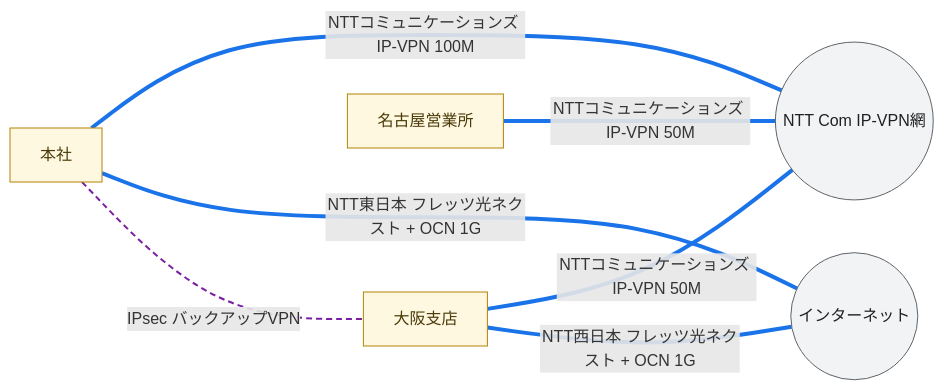
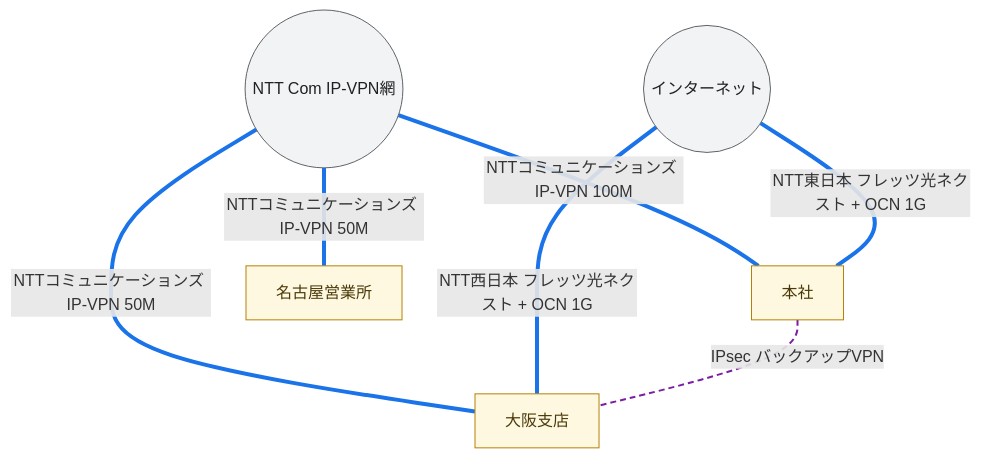
Before and after one commit to thinas1115/nwdsl: the diagram in examples/sample-corp/generated/wan-overview.mmd, drawn with Mermaid. The commit also changed 26 other files, not shown here.

```diff
--- a/examples/sample-corp/generated/wan-overview.mmd
+++ b/examples/sample-corp/generated/wan-overview.mmd
@@ -1,25 +1,25 @@
-flowchart LR
+flowchart TB
   site__hq["本社"]
   cloud__ipvpn(("NTT Com IP-VPN網"))
   site__osk["大阪支店"]
   site__ngy["名古屋営業所"]
   cloud__internet(("インターネット"))
-  site__hq ---|"NTTコミュニケーションズ IP-VPN 100M"| cloud__ipvpn
-  site__osk ---|"NTTコミュニケーションズ IP-VPN 50M"| cloud__ipvpn
-  site__ngy ---|"NTTコミュニケーションズ IP-VPN 50M"| cloud__ipvpn
-  site__hq ---|"NTT東日本 フレッツ光ネクスト + OCN 1G"| cloud__internet
-  site__osk ---|"NTT西日本 フレッツ光ネクスト + OCN 1G"| cloud__internet
+  cloud__ipvpn ---|"NTTコミュニケーションズ IP-VPN 100M"| site__hq
+  cloud__ipvpn ---|"NTTコミュニケーションズ IP-VPN 50M"| site__osk
+  cloud__ipvpn ---|"NTTコミュニケーションズ IP-VPN 50M"| site__ngy
+  cloud__internet ---|"NTT東日本 フレッツ光ネクスト + OCN 1G"| site__hq
+  cloud__internet ---|"NTT西日本 フレッツ光ネクスト + OCN 1G"| site__osk
   site__hq ---|"IPsec バックアップVPN"| site__osk
 
   classDef role_router fill:#e8f0fe,stroke:#1a56b0,color:#1a2340
   classDef role_l3switch fill:#d2e3fc,stroke:#1a56b0,color:#1a2340
   classDef role_l2switch fill:#e6f4ea,stroke:#137333,color:#1a2e1f
   classDef role_firewall fill:#fce8e6,stroke:#c5221f,color:#3c1a19
   classDef role_other fill:#f1f3f4,stroke:#5f6368,color:#202124
   classDef node_cloud fill:#f1f3f4,stroke:#5f6368,color:#202124
   classDef node_site fill:#fff8e1,stroke:#b58105,color:#4a3a08
   classDef node_external fill:#ffffff,stroke:#9aa0a6,stroke-dasharray:3 3,color:#5f6368
   class site__hq,site__osk,site__ngy node_site
   class cloud__ipvpn,cloud__internet node_cloud
   linkStyle 0,1,2,3,4 stroke:#1a73e8,stroke-width:4px
   linkStyle 5 stroke:#7b1fa2,stroke-width:2px,stroke-dasharray:6 4
```
